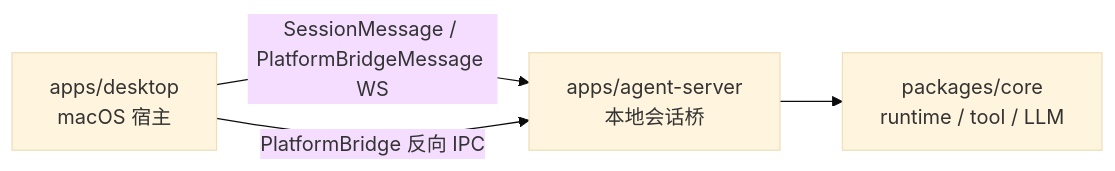
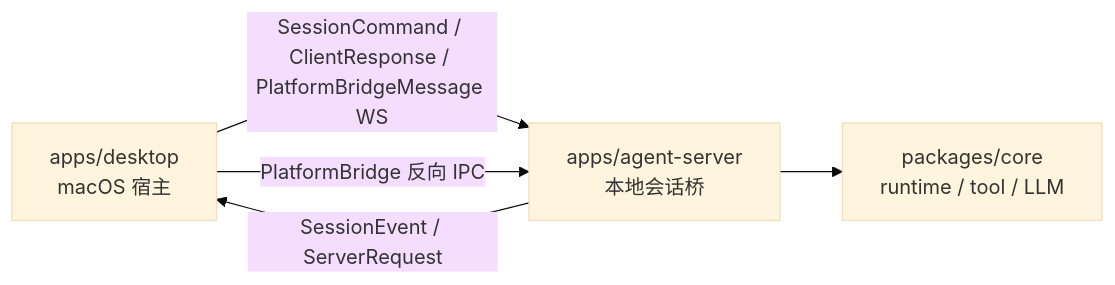
The diagram in apps/apps.md (Lixuhang987/SpotAgent), drawn with Mermaid (base theme) before and after one commit. The commit also changed other lines of this file and 38 other files, not shown here.

Commit message:
refactor session flow to shared connection and command-event protocol

````diff
--- a/apps/apps.md
+++ b/apps/apps.md
@@ -14,6 +14,7 @@
 ```mermaid
 flowchart LR
-  A[apps/desktop<br/>macOS 宿主] -->|SessionMessage / PlatformBridgeMessage WS| B[apps/agent-server<br/>本地会话桥]
+  A[apps/desktop<br/>macOS 宿主] -->|SessionCommand / ClientResponse / PlatformBridgeMessage WS| B[apps/agent-server<br/>本地会话桥]
+  B -->|SessionEvent / ServerRequest| A
   B --> C[packages/core<br/>runtime / tool / LLM]
   A -->|PlatformBridge 反向 IPC| B
 ```
````
